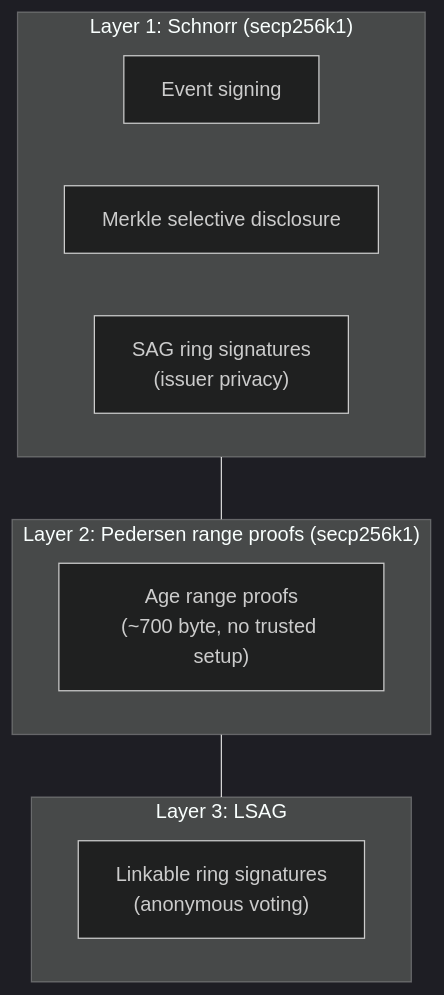
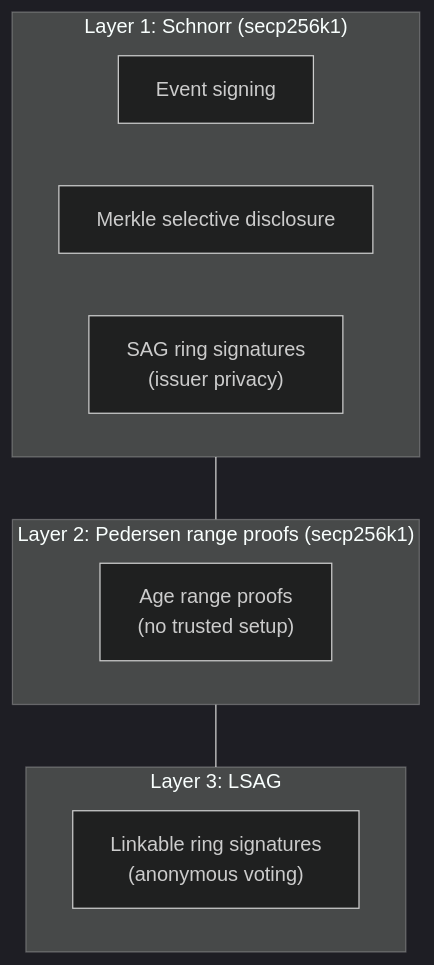
The fourth of 5 diagrams in docs/index.md (forgesworn/signet), drawn with Mermaid (dark theme) before and after one commit. The commit also changed other lines of this file and 8 other files, not shown here.

````diff
--- a/docs/index.md
+++ b/docs/index.md
@@ -81,19 +81,19 @@
 ```mermaid
 flowchart TB
     subgraph L1["Layer 1: Schnorr (secp256k1)"]
         Signing["Event signing"]
         Merkle["Merkle selective disclosure"]
         Ring["SAG ring signatures\n(issuer privacy)"]
     end
 
     subgraph L2["Layer 2: Pedersen range proofs (secp256k1)"]
-        Age["Age range proofs\n(~700 byte, no trusted setup)"]
+        Age["Age range proofs\n(no trusted setup)"]
     end
 
     subgraph L3["Layer 3: LSAG"]
         Vote["Linkable ring signatures\n(anonymous voting)"]
     end
 
     L1 --- L2
     L2 --- L3
 ```
````
